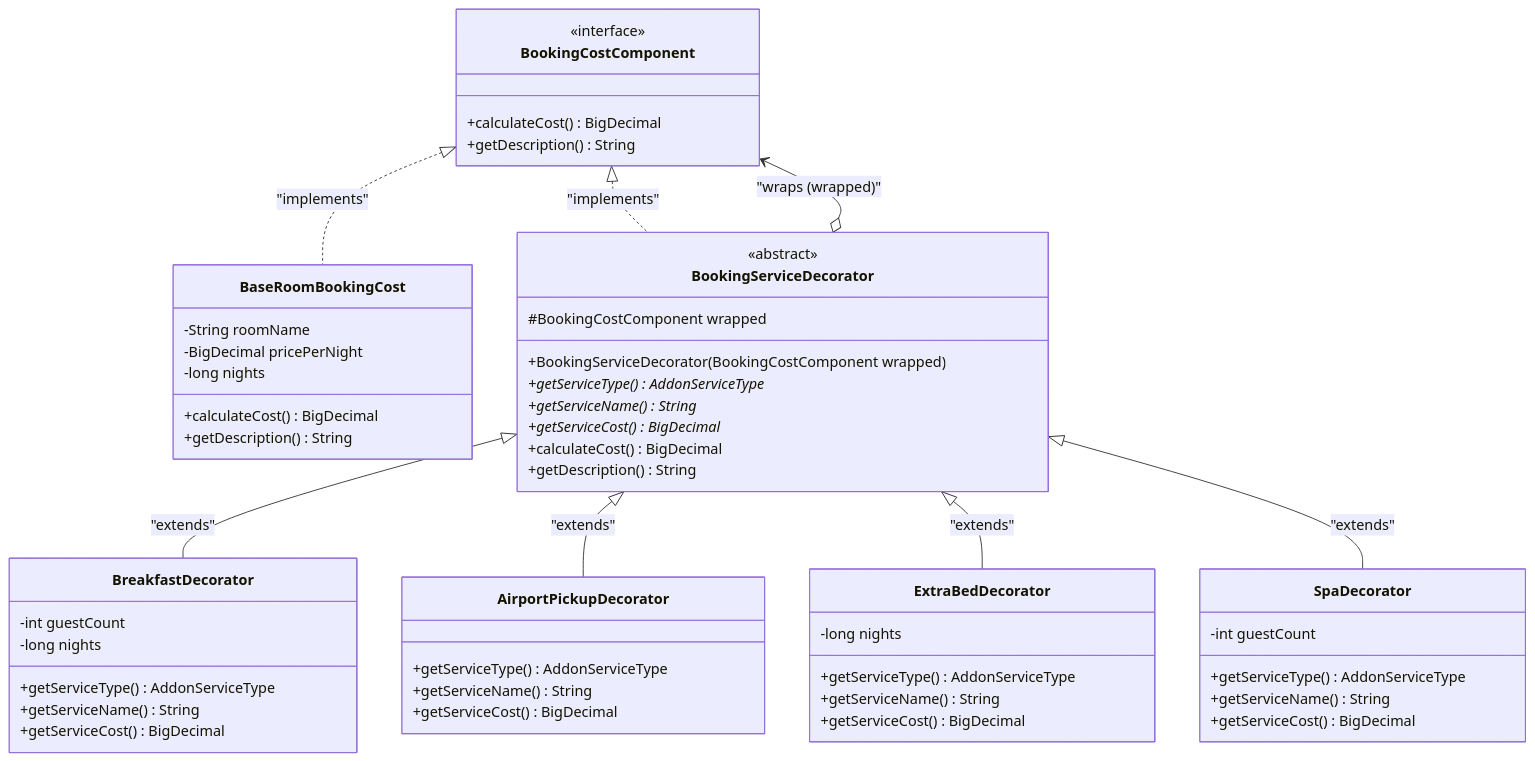
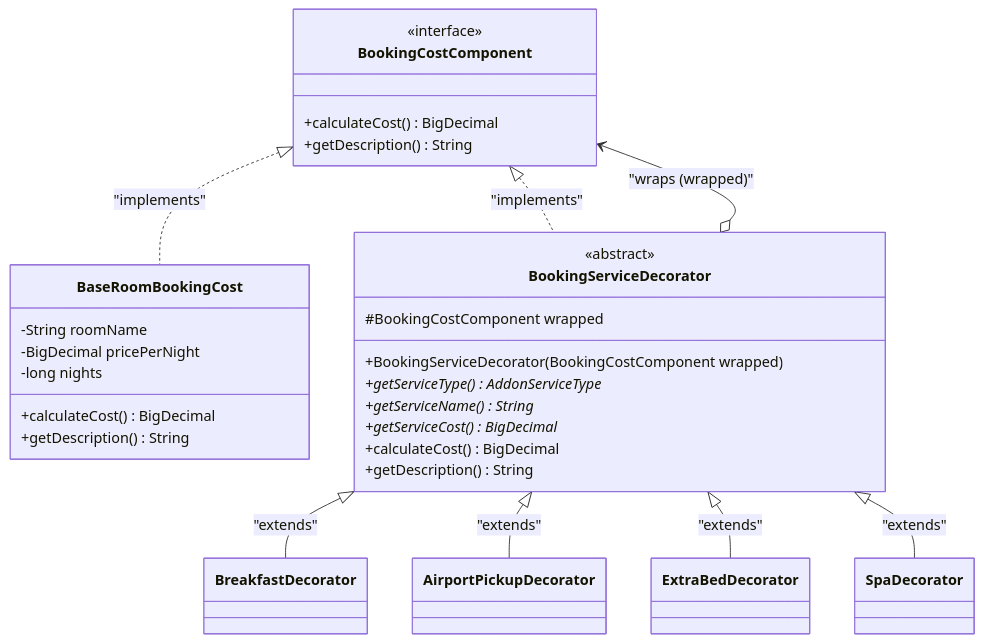
The eighth of 9 diagrams in BAO_CAO_DESIGN_PATTERNS_VA_SOLID.md (Binfhan/hotel-booking-system), drawn with Mermaid before and after one commit. The commit also changed other lines of this file and 23 other files, not shown here.

````diff
--- a/BAO_CAO_DESIGN_PATTERNS_VA_SOLID.md
+++ b/BAO_CAO_DESIGN_PATTERNS_VA_SOLID.md
@@ -706,63 +670,40 @@
 ```mermaid
 classDiagram
     class BookingCostComponent {
         <<interface>>
         +calculateCost() BigDecimal
         +getDescription() String
     }
 
     class BaseRoomBookingCost {
         -String roomName
         -BigDecimal pricePerNight
         -long nights
         +calculateCost() BigDecimal
         +getDescription() String
     }
 
     class BookingServiceDecorator {
         <<abstract>>
         #BookingCostComponent wrapped
         +BookingServiceDecorator(BookingCostComponent wrapped)
         +getServiceType()* AddonServiceType
         +getServiceName()* String
         +getServiceCost()* BigDecimal
         +calculateCost() BigDecimal
         +getDescription() String
     }
 
-    class BreakfastDecorator {
-        -int guestCount
-        -long nights
-        +getServiceType() AddonServiceType
-        +getServiceName() String
-        +getServiceCost() BigDecimal
-    }
-
-    class AirportPickupDecorator {
-        +getServiceType() AddonServiceType
-        +getServiceName() String
-        +getServiceCost() BigDecimal
-    }
-
-    class ExtraBedDecorator {
-        -long nights
-        +getServiceType() AddonServiceType
-        +getServiceName() String
-        +getServiceCost() BigDecimal
-    }
-
-    class SpaDecorator {
-        -int guestCount
-        +getServiceType() AddonServiceType
-        +getServiceName() String
-        +getServiceCost() BigDecimal
-    }
+    class BreakfastDecorator
+    class AirportPickupDecorator
+    class ExtraBedDecorator
+    class SpaDecorator
 
     BookingCostComponent <|.. BaseRoomBookingCost : "implements"
     BookingCostComponent <|.. BookingServiceDecorator : "implements"
     BookingServiceDecorator o--> BookingCostComponent : "wraps (wrapped)"
     BookingServiceDecorator <|-- BreakfastDecorator : "extends"
     BookingServiceDecorator <|-- AirportPickupDecorator : "extends"
     BookingServiceDecorator <|-- ExtraBedDecorator : "extends"
     BookingServiceDecorator <|-- SpaDecorator : "extends"
 ```
````
